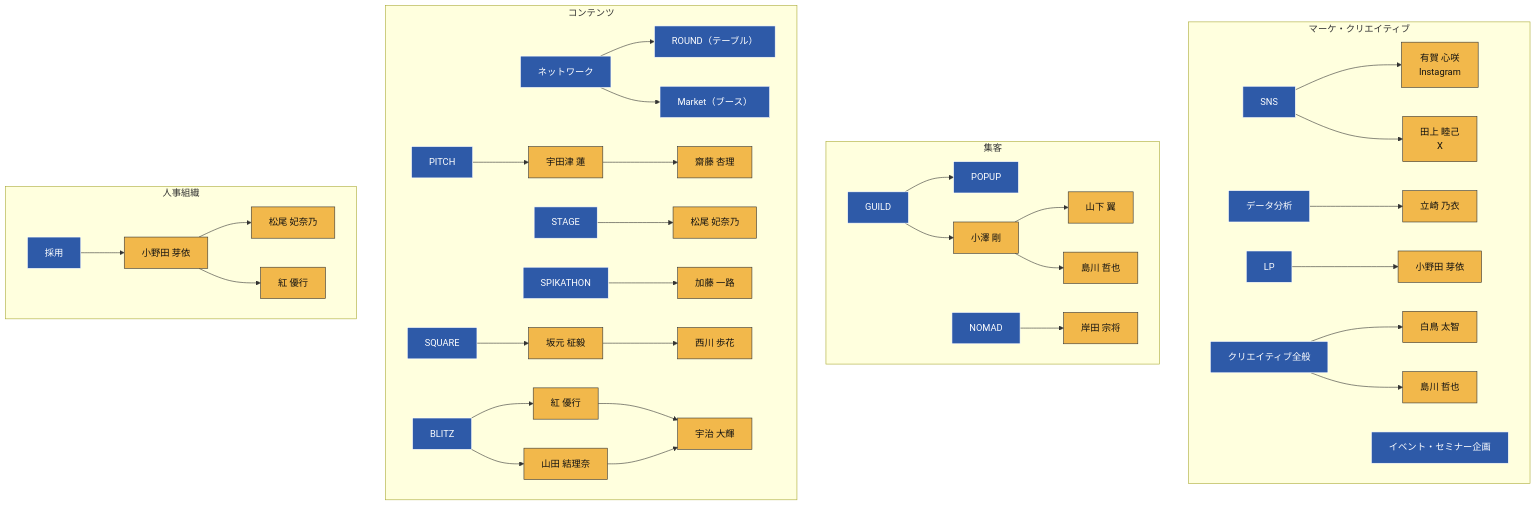
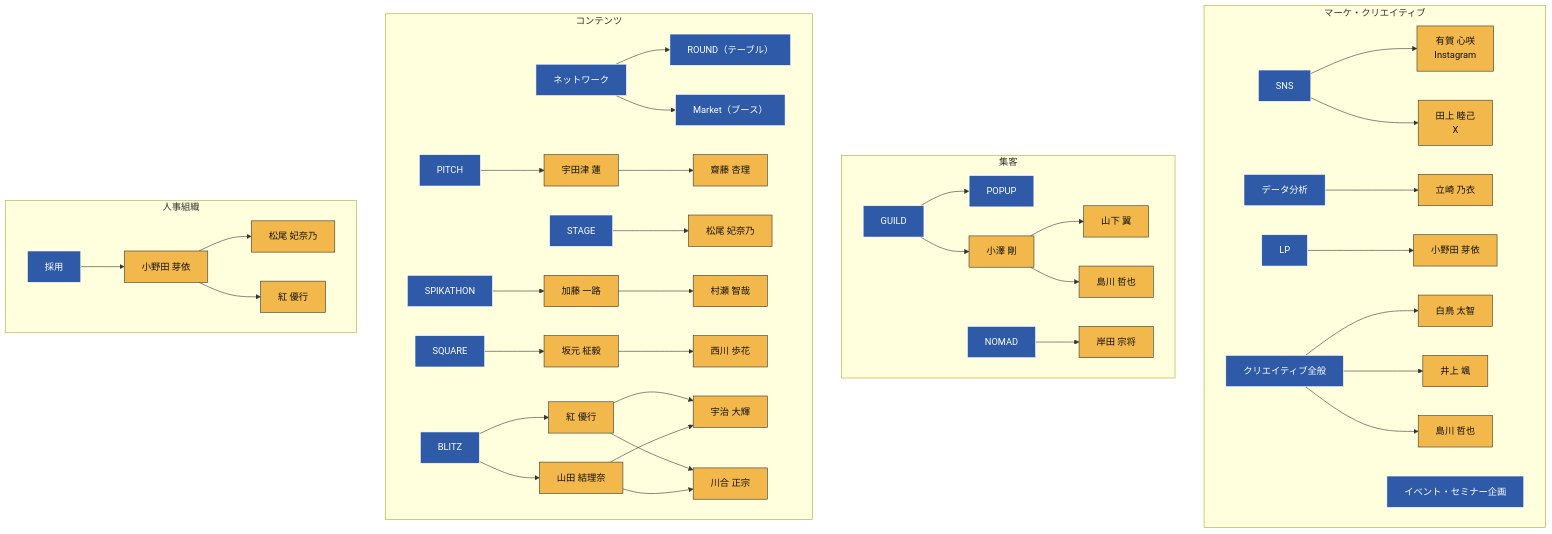
The third of 3 diagrams in spikes-org-chart.md (liofval/spikes_hr), drawn with Mermaid before and after one commit. The commit also changed other lines of this file and 1 other file, not shown here.

Commit message:
組織図: メンバー3名追加（井上颯・川合正宗・村瀬智哉）

````diff
--- a/spikes-org-chart.md
+++ b/spikes-org-chart.md
@@ -88,60 +92,64 @@
 ```mermaid
 graph TD
     subgraph SG_MC ["マーケ・クリエイティブ"]
       SNS[SNS]
       DATA[データ分析]
       EV[イベント・セミナー企画]
       LP[LP]
       CREATIVE[クリエイティブ全般]
       SNS --> Aruga2[有賀 心咲<br/>Instagram]
       SNS --> Tagami2[田上 睦己<br/>X]
       DATA --> Tatsuzaki2[立崎 乃衣]
       LP --> Onoda3[小野田 芽依]
       CREATIVE --> Shiratori2[白鳥 太智]
+      CREATIVE --> Inoue2[井上 颯]
       CREATIVE --> Shimakawa3[島川 哲也]
     end
 
     subgraph SG_PROMO ["集客"]
       GUILD[GUILD]
       NOMAD[NOMAD]
       GUILD --> POPUP[POPUP]
       GUILD --> Ozawa2[小澤 剛]
       Ozawa2 --> Yamashita2[山下 翼]
       Ozawa2 --> Shimakawa2[島川 哲也]
       NOMAD --> Kishida2[岸田 宗将]
     end
 
     subgraph SG_CONT ["コンテンツ"]
       PITCH[PITCH]
       STAGE[STAGE]
       SPIKATHON[SPIKATHON]
       SQUARE[SQUARE]
       BLITZ[BLITZ]
       NW[ネットワーク]
       NW --> ROUND["ROUND（テーブル）"]
       NW --> MARKET["Market（ブース）"]
 
       PITCH --> Udatsu2[宇田津 蓮]
       Udatsu2 --> Saito2[齋藤 杏理]
       STAGE --> Matsuo2[松尾 妃奈乃]
       SPIKATHON --> Kato2[加藤 一路]
+      Kato2 --> Murase2[村瀬 智哉]
       SQUARE --> Sakamoto2[坂元 柾毅]
       Sakamoto2 --> Nishikawa2[西川 歩花]
       BLITZ --> Kurenai2[紅 優行]
       BLITZ --> Yamada2[山田 結理奈]
       Kurenai2 --> Uji2[宇治 大輝]
       Yamada2 --> Uji2
+      Kurenai2 --> Kawai2[川合 正宗]
+      Yamada2 --> Kawai2
     end
 
     subgraph SG_HR ["人事組織"]
       RECRUIT[採用]
       RECRUIT --> Onoda2[小野田 芽依]
       Onoda2 --> Matsuo3[松尾 妃奈乃]
       Onoda2 --> Kurenai3[紅 優行]
     end
 
     classDef role fill:#2e5aa8,stroke:#fff,color:#fff;
     classDef person fill:#f2b84b,stroke:#333,color:#111;
     class SNS,DATA,EV,LP,GUILD,NOMAD,CREATIVE,PITCH,STAGE,SPIKATHON,NW,SQUARE,BLITZ,ROUND,MARKET,POPUP,RECRUIT role;
-    class Aruga2,Tagami2,Tatsuzaki2,Ozawa2,Yamashita2,Shimakawa2,Shimakawa3,Kishida2,Shiratori2,Udatsu2,Saito2,Matsuo2,Matsuo3,Kato2,Sakamoto2,Nishikawa2,Kurenai2,Kurenai3,Yamada2,Onoda2,Onoda3,Uji2 person;
+    class Aruga2,Tagami2,Tatsuzaki2,Ozawa2,Yamashita2,Shimakawa2,Shimakawa3,Kishida2,Shiratori2,Inoue2,Udatsu2,Saito2,Matsuo2,Matsuo3,Kato2,Sakamoto2,Nishikawa2,Kurenai2,Kurenai3,Yamada2,Onoda2,Onoda3,Uji2,Kawai2,Murase2 person;
 ```
````
